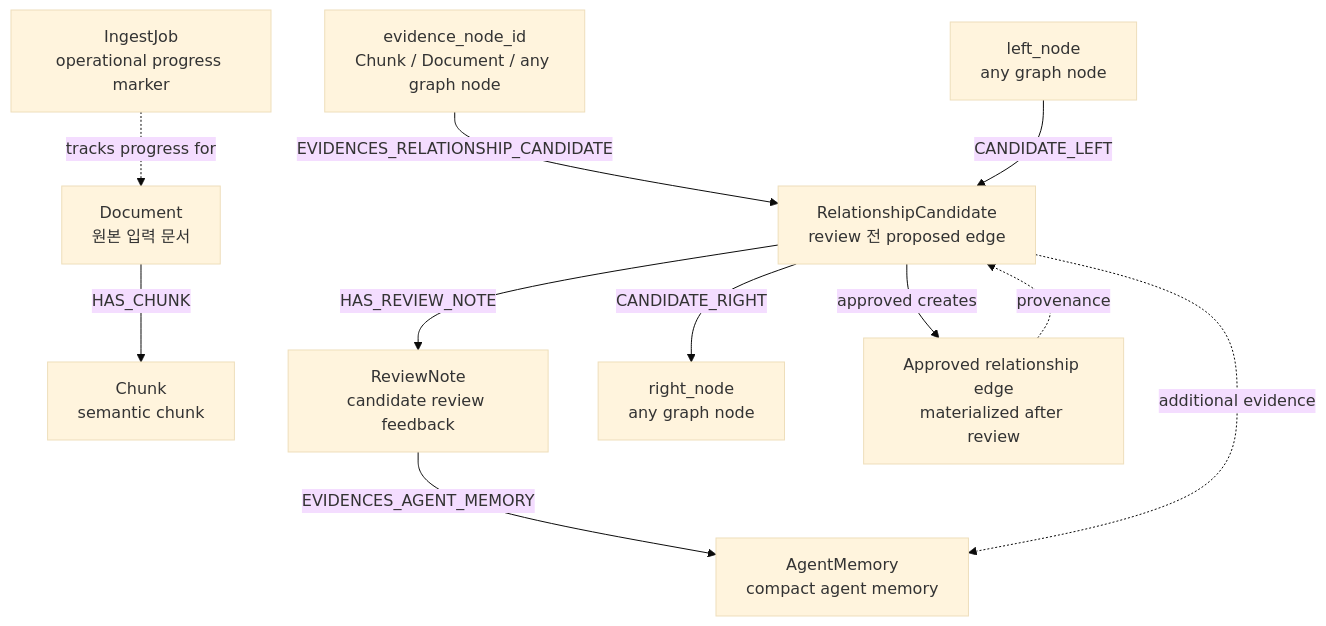
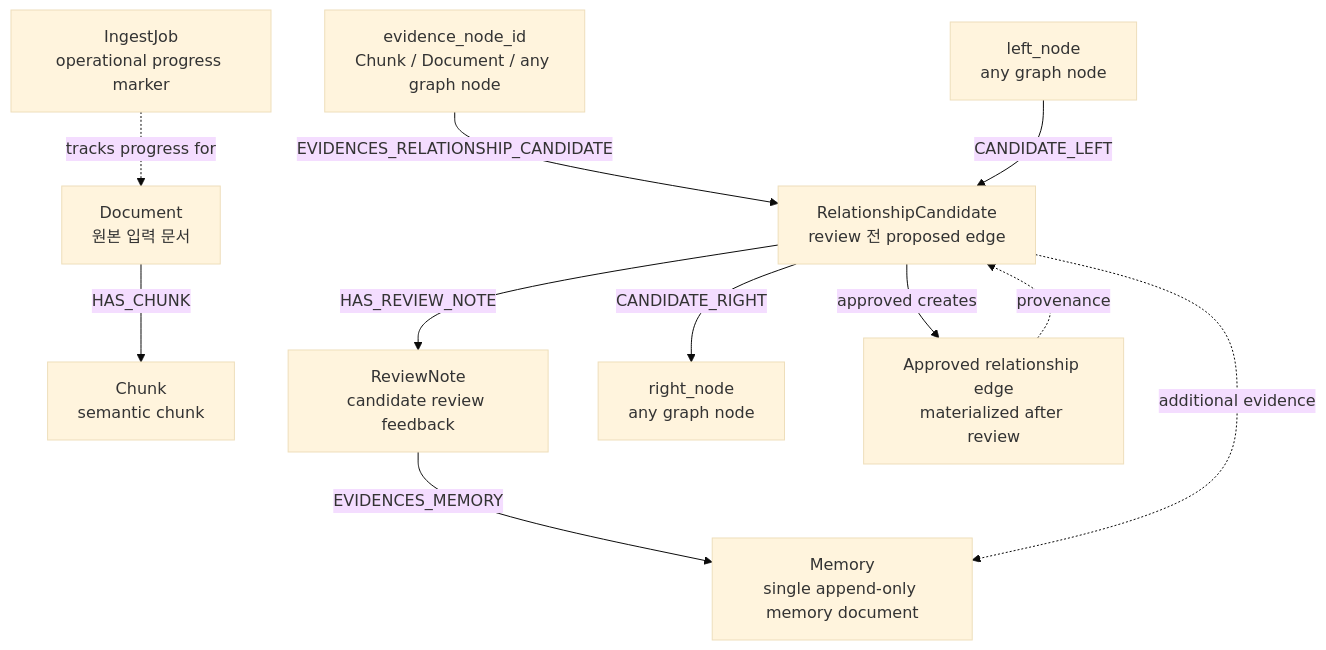
One commit to vosnuev/elderly-legal-rag changed the diagram in rag/be/src/query/schema/README.md. Above: the diagram before and after it, drawn with Mermaid (base theme). The commit also changed other lines of this file and 109 other files, not shown here.

````diff
--- a/rag/be/src/query/schema/README.md
+++ b/rag/be/src/query/schema/README.md
@@ -44,24 +44,24 @@
 ```mermaid
 flowchart TD
     Document["Document<br/>원본 입력 문서"]
     Chunk["Chunk<br/>semantic chunk"]
     Candidate["RelationshipCandidate<br/>review 전 proposed edge"]
     ReviewNote["ReviewNote<br/>candidate review feedback"]
-    Memory["AgentMemory<br/>compact agent memory"]
+    Memory["Memory<br/>single append-only memory document"]
     IngestJob["IngestJob<br/>operational progress marker"]
     Left["left_node<br/>any graph node"]
     Right["right_node<br/>any graph node"]
     Evidence["evidence_node_id<br/>Chunk / Document / any graph node"]
     Edge["Approved relationship edge<br/>materialized after review"]
 
     Document -->|HAS_CHUNK| Chunk
     Evidence -->|EVIDENCES_RELATIONSHIP_CANDIDATE| Candidate
     Left -->|CANDIDATE_LEFT| Candidate
     Candidate -->|CANDIDATE_RIGHT| Right
     Candidate -->|HAS_REVIEW_NOTE| ReviewNote
-    ReviewNote -->|EVIDENCES_AGENT_MEMORY| Memory
+    ReviewNote -->|EVIDENCES_MEMORY| Memory
     Candidate -. additional evidence .-> Memory
     Candidate -->|approved creates| Edge
     Edge -. provenance .-> Candidate
     IngestJob -. tracks progress for .-> Document
 ```
````
